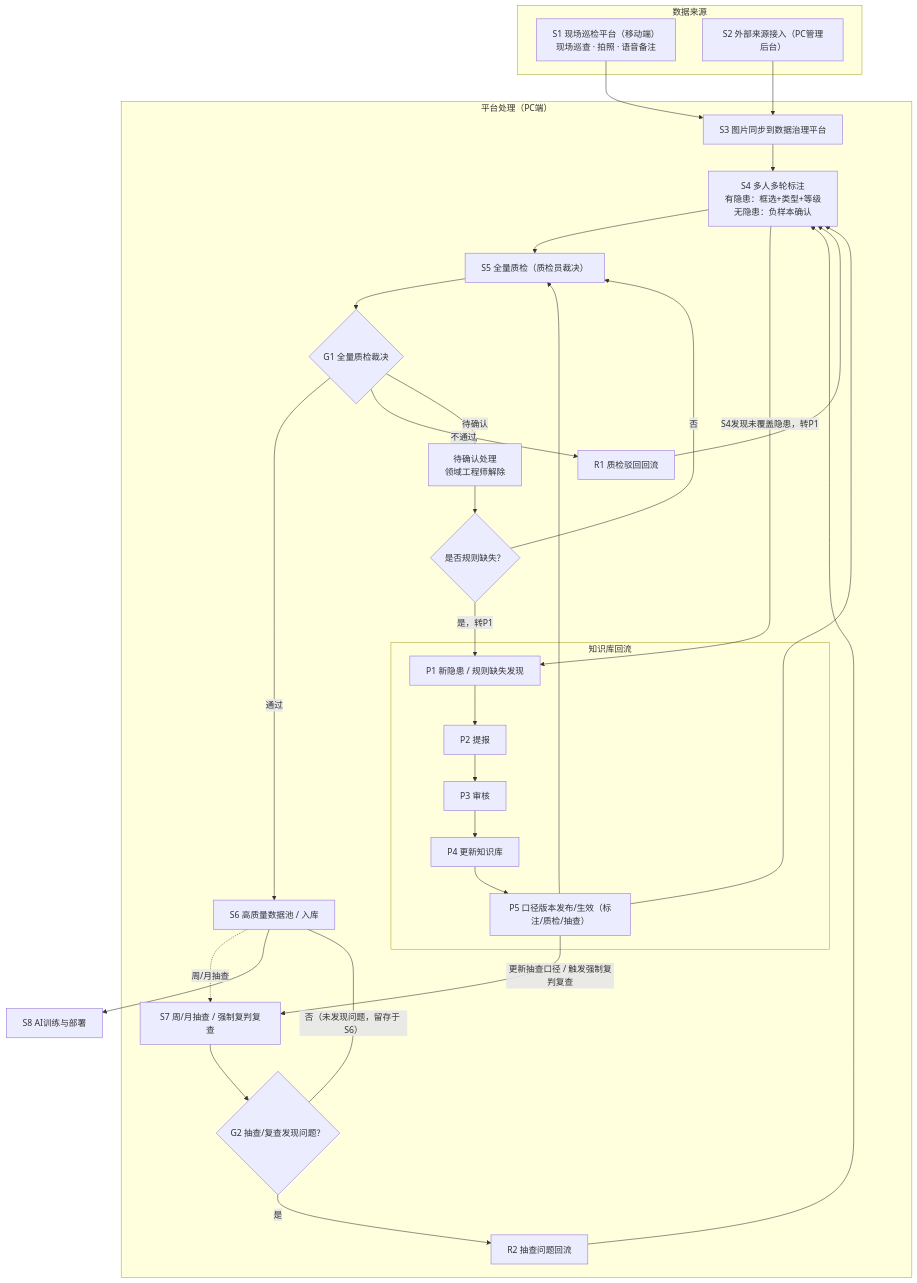
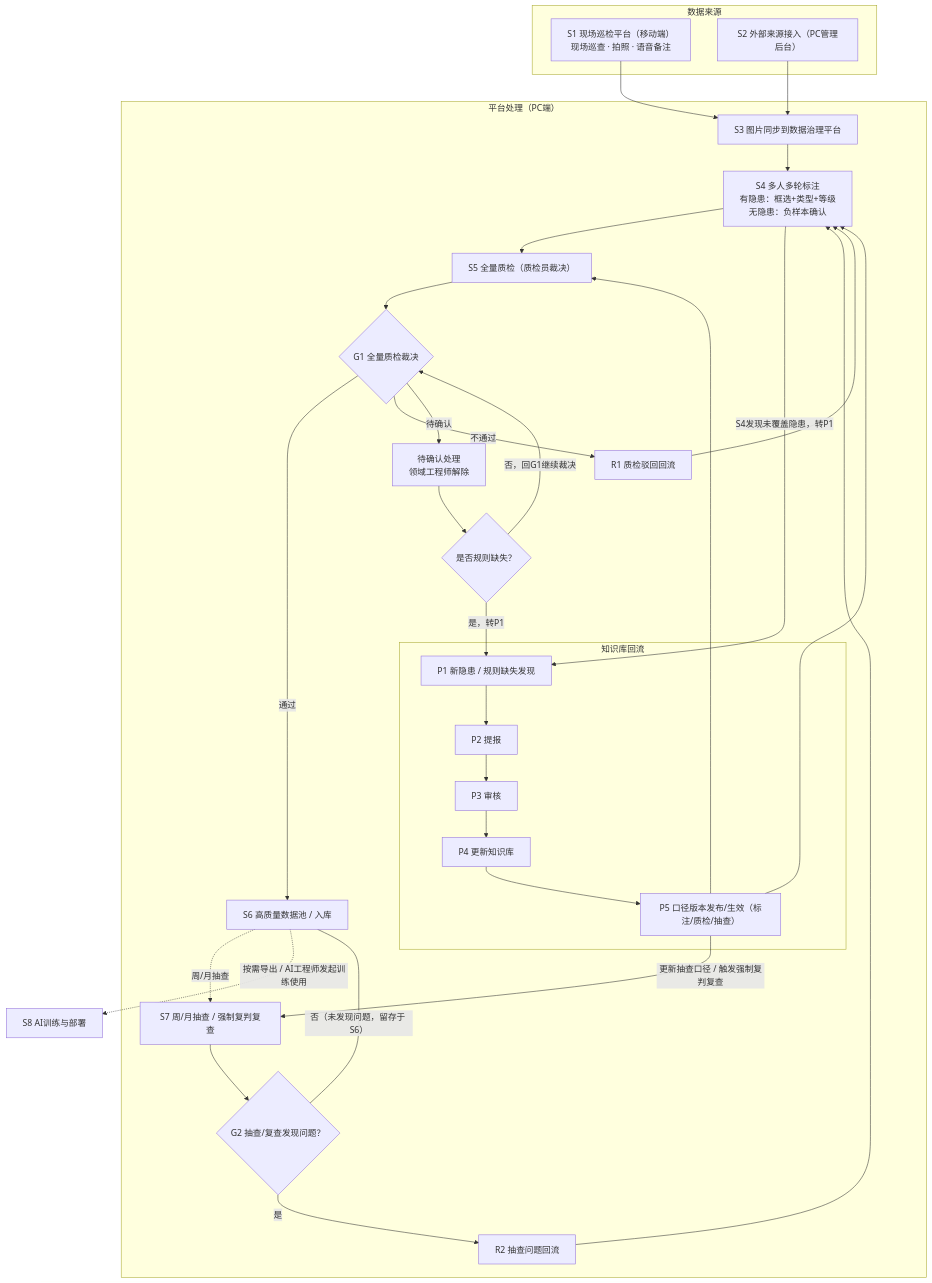
The diagram in 数据治理平台-Mermaid.mmd (zhudan930612/Data-governance), drawn with Mermaid before and after one commit. The commit also changed 2 other files, not shown here.

```diff
--- a/数据治理平台-Mermaid.mmd
+++ b/数据治理平台-Mermaid.mmd
@@ -1,45 +1,45 @@
 %%{init: {'theme':'mc'}}%%
 flowchart TD
     subgraph SRC ["数据来源"]
         A1["S1 现场巡检平台（移动端）<br/>现场巡查 · 拍照 · 语音备注"]
         A2["S2 外部来源接入（PC管理后台）"]
     end
 
     subgraph PLT ["平台处理（PC端）"]
         B["S3 图片同步到数据治理平台"]
         B --> E["S4 多人多轮标注<br/>有隐患：框选+类型+等级<br/>无隐患：负样本确认"]
         E --> G["S5 全量质检（质检员裁决）"]
         G --> G1{"G1 全量质检裁决"}
         G1 -->|"通过"| H["S6 高质量数据池 / 入库"]
         G1 -->|"不通过"| R1["R1 质检驳回回流"]
         G1 -->|"待确认"| Q["待确认处理<br/>领域工程师解除"]
         R1 --> E
         Q --> Q1{"是否规则缺失？"}
         Q1 -->|"是，转P1"| U
-        Q1 -->|"否"| G
+        Q1 -->|"否，回G1继续裁决"| G1
 
         H -.->|"周/月抽查"| S7["S7 周/月抽查 / 强制复判复查"]
         S7 --> G2{"G2 抽查/复查发现问题？"}
         G2 -->|"是"| R2["R2 抽查问题回流"]
         G2 ---|"否（未发现问题，留存于 S6）"| H
         R2 --> E
 
         subgraph LOOP ["知识库回流"]
             U["P1 新隐患 / 规则缺失发现"]
             U --> V["P2 提报"]
             V --> W["P3 审核"]
             W --> X["P4 更新知识库"]
             X --> Y["P5 口径版本发布/生效（标注/质检/抽查）"]
         end
 
         E -->|"S4发现未覆盖隐患，转P1"| U
         Y --> E
         Y --> G
         Y -->|"更新抽查口径 / 触发强制复判复查"| S7
     end
 
     A1 --> B
     A2 --> B
 
 
-    H --> M["S8 AI训练与部署"]
+    H -.->|"按需导出 / AI工程师发起训练使用"| M["S8 AI训练与部署"]
```
